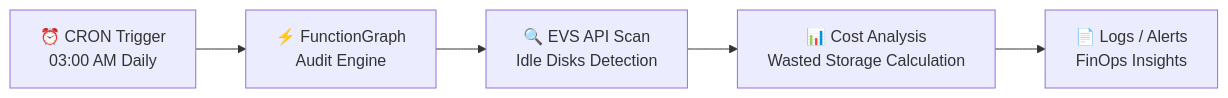
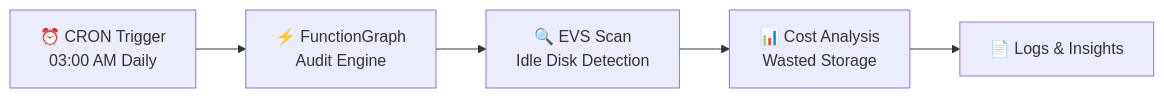
One commit to AliGaffarToksoy/Huawei-FinOps-Auditor changed the diagram in README.md. Above: the diagram before and after it, drawn with Mermaid. The commit also changed other lines of this file, not shown here.

````diff
--- a/README.md
+++ b/README.md
@@ -53,8 +50,8 @@
 ```mermaid
 flowchart LR
 
 A[⏰ CRON Trigger<br/>03:00 AM Daily] --> B[⚡ FunctionGraph<br/>Audit Engine]
-B --> C[🔍 EVS API Scan<br/>Idle Disks Detection]
-C --> D[📊 Cost Analysis<br/>Wasted Storage Calculation]
-D --> E[📄 Logs / Alerts<br/>FinOps Insights]
+B --> C[🔍 EVS Scan<br/>Idle Disk Detection]
+C --> D[📊 Cost Analysis<br/>Wasted Storage]
+D --> E[📄 Logs & Insights]
 ```
````
